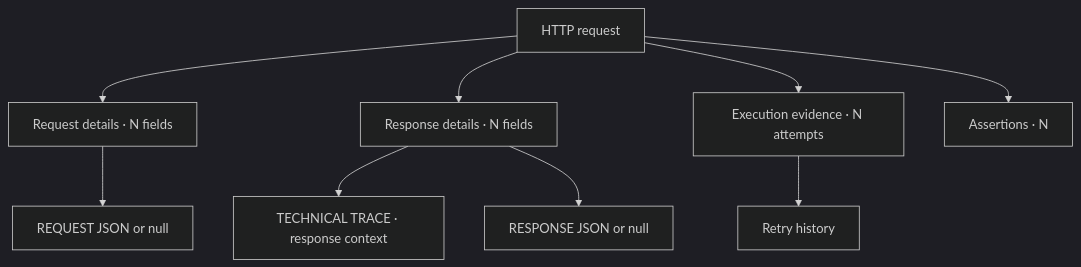
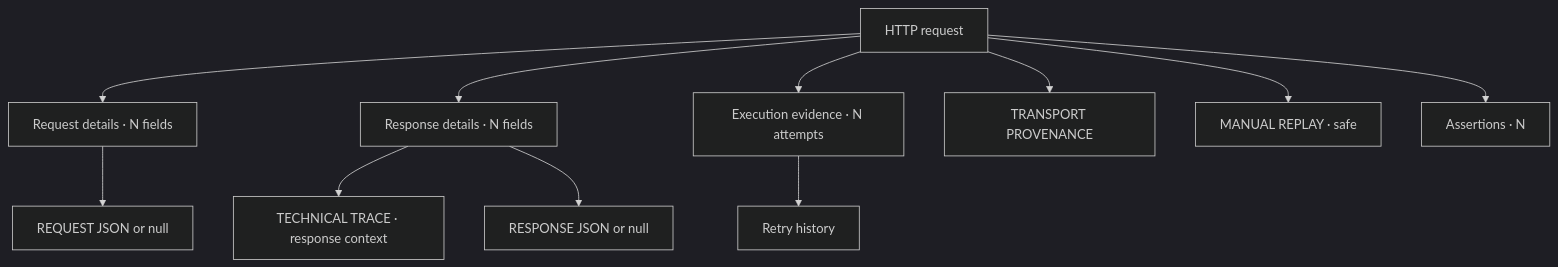
Before and after one commit to crististefanita/demo2: the second of 2 diagrams in docs/ATF_Reporting_Contract.md, drawn with Mermaid (dark theme). The commit also changed other lines of this file and 647 other files, not shown here.

````diff
--- a/docs/ATF_Reporting_Contract.md
+++ b/docs/ATF_Reporting_Contract.md
@@ -85,11 +109,13 @@
 ```mermaid
 flowchart TD
     Request[HTTP request] --> RequestDetails[Request details · N fields]
     Request --> Details[Response details · N fields]
     Details --> Trace[TECHNICAL TRACE · response context]
     Details --> ResponseBody[RESPONSE JSON or null]
     RequestDetails --> RequestBody[REQUEST JSON or null]
     Request --> Execution[Execution evidence · N attempts]
     Execution --> Retry[Retry history]
+    Request --> Provenance[TRANSPORT PROVENANCE]
+    Request --> Replay[MANUAL REPLAY · safe]
     Request --> Assertions[Assertions · N]
 ```
````
